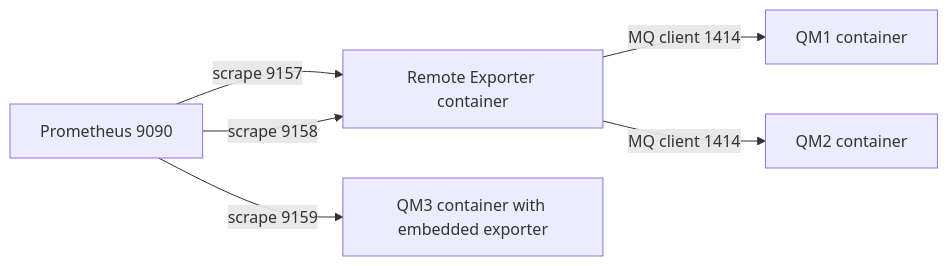
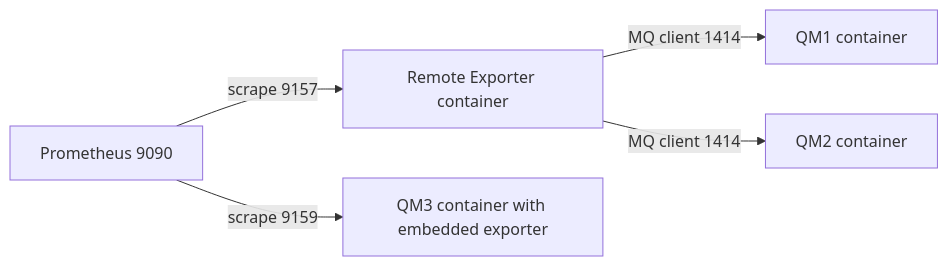
Before and after one commit to aztekmq/ibmmq_metrics_exporter: the diagram in README.md, drawn with Mermaid. The commit also changed other lines of this file and 12 other files, not shown here.

````diff
--- a/README.md
+++ b/README.md
@@ -31,15 +31,14 @@
 ```mermaid
 flowchart LR
     P[Prometheus 9090]
     E[Remote Exporter container]
     Q1[QM1 container]
     Q2[QM2 container]
     Q3[QM3 container with embedded exporter]
 
     P -->|scrape 9157| E
-    P -->|scrape 9158| E
     P -->|scrape 9159| Q3
 
     E -->|MQ client 1414| Q1
     E -->|MQ client 1414| Q2
 ```
````
